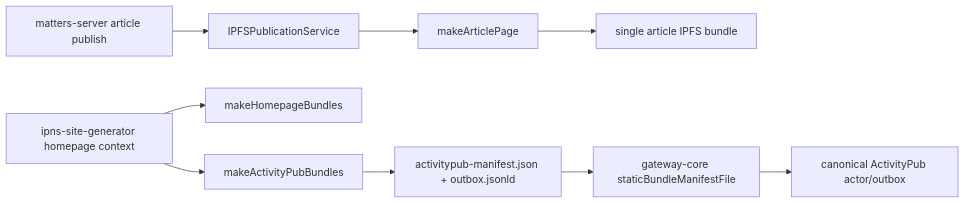
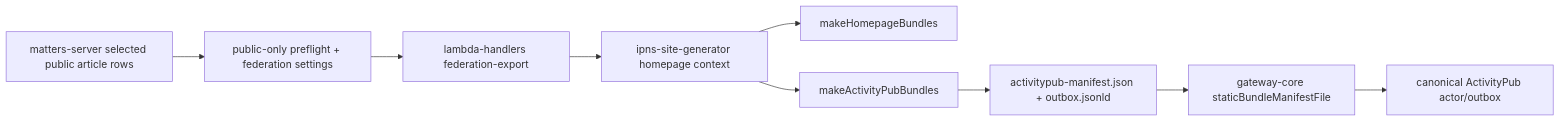
One commit to thematters/matters-fediverse-gateway changed the diagram in research/matters-fediverse-compat/02-runtime-slices/g2a-production-data-integration-slice.md. Above: the diagram before and after it, drawn with Mermaid. The commit also changed other lines of this file and 3 other files, not shown here.

````diff
--- a/research/matters-fediverse-compat/02-runtime-slices/g2a-production-data-integration-slice.md
+++ b/research/matters-fediverse-compat/02-runtime-slices/g2a-production-data-integration-slice.md
@@ -13,12 +13,11 @@
 ```mermaid
 flowchart LR
-  A["matters-server article publish"] --> B["IPFSPublicationService"]
-  B --> C["makeArticlePage"]
-  C --> D["single article IPFS bundle"]
-
-  E["ipns-site-generator homepage context"] --> F["makeHomepageBundles"]
-  E --> G["makeActivityPubBundles"]
-  G --> H["activitypub-manifest.json + outbox.jsonld"]
+  A["matters-server selected public article rows"] --> B["public-only preflight + federation settings"]
+  B --> C["lambda-handlers federation-export"]
+  C --> D["ipns-site-generator homepage context"]
+  D --> E["makeHomepageBundles"]
+  D --> F["makeActivityPubBundles"]
+  F --> H["activitypub-manifest.json + outbox.jsonld"]
   H --> I["gateway-core staticBundleManifestFile"]
   I --> J["canonical ActivityPub actor/outbox"]
 ```
````
